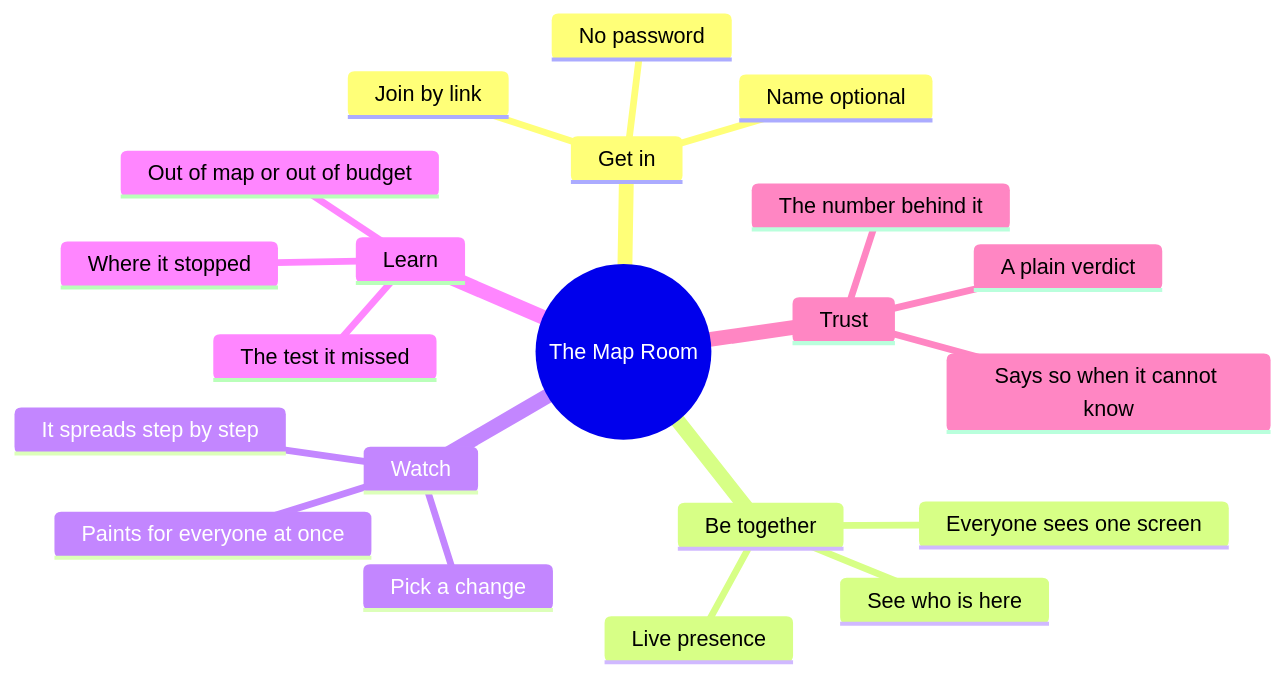
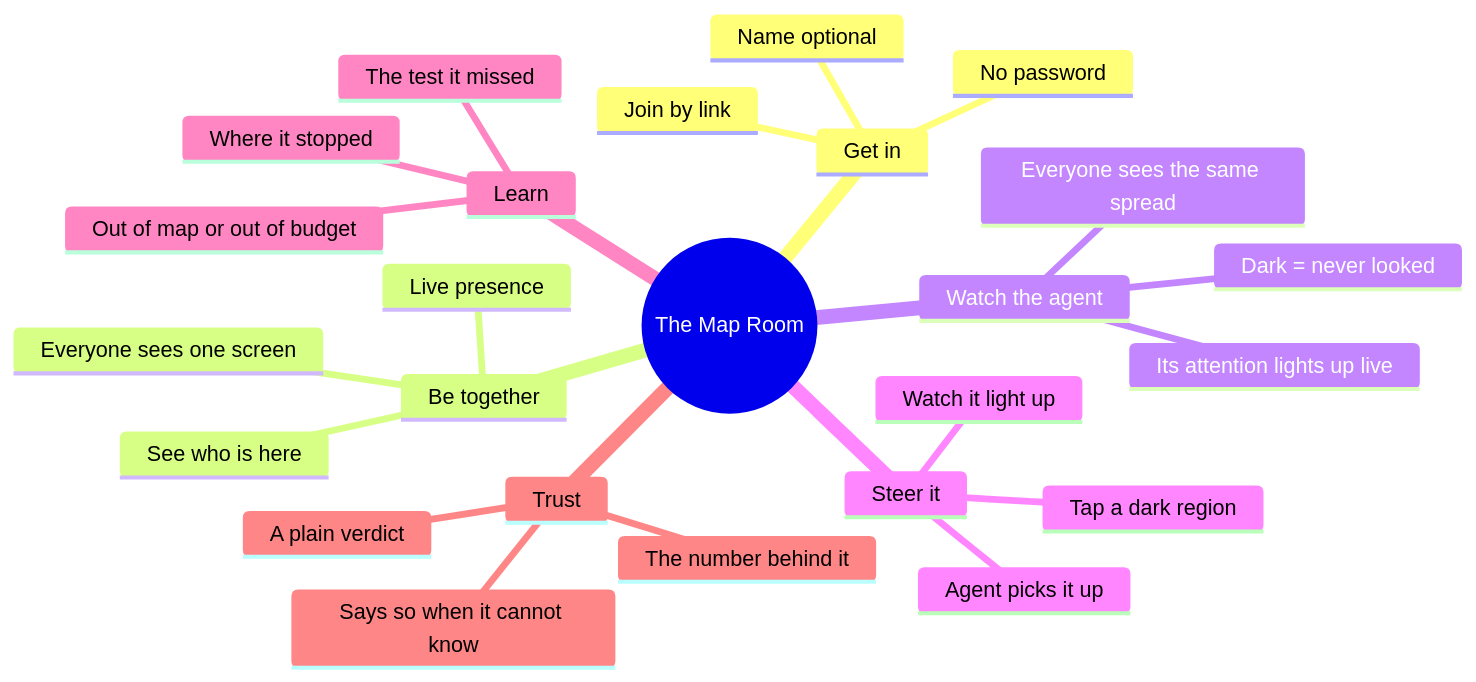
Before and after one commit to Piyush-sahoo/spacetime-hacks: the second of 3 diagrams in docs/PRD-PRODUCT.md, drawn with Mermaid. The commit also changed other lines of this file and 1 other file, not shown here.

First line of the commit message:
docs: reframe the product PRD around the agent coverage loop

````diff
--- a/docs/PRD-PRODUCT.md
+++ b/docs/PRD-PRODUCT.md
@@ -107,24 +143,28 @@
 ```mermaid
 mindmap
   root((The Map Room))
     Get in
       Join by link
       No password
       Name optional
     Be together
       See who is here
       Live presence
       Everyone sees one screen
-    Watch
-      Pick a change
-      It spreads step by step
-      Paints for everyone at once
+    Watch the agent
+      Its attention lights up live
+      Dark = never looked
+      Everyone sees the same spread
+    Steer it
+      Tap a dark region
+      Agent picks it up
+      Watch it light up
     Learn
       Where it stopped
       Out of map or out of budget
       The test it missed
     Trust
       A plain verdict
       The number behind it
       Says so when it cannot know
 ```
````
